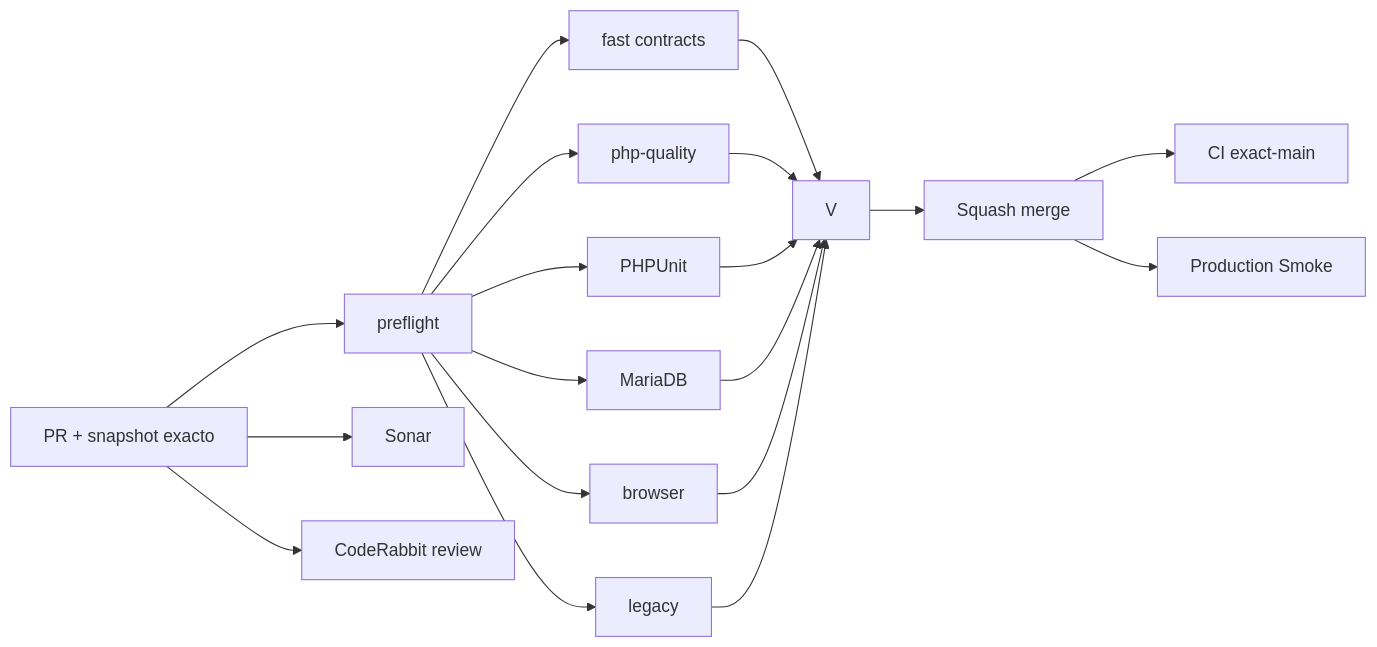
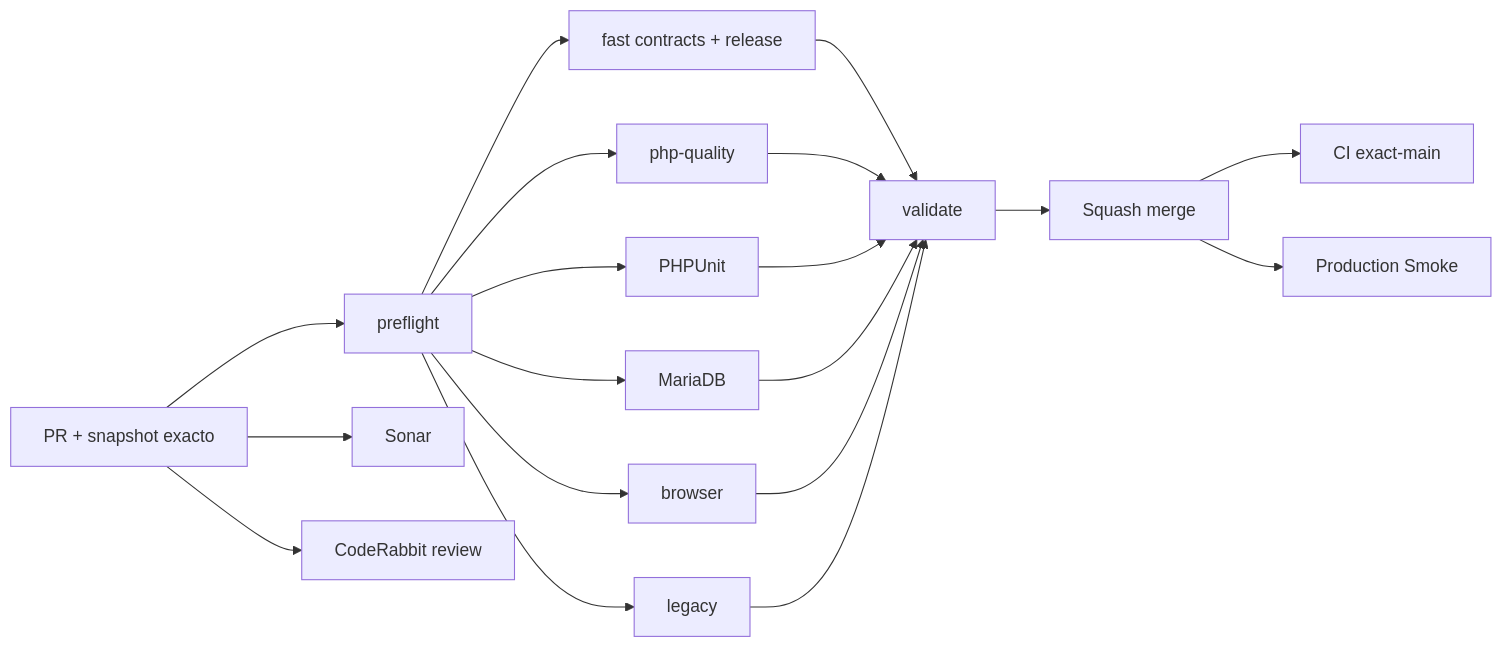
One commit to drpipe1098-commits/GrindFlow changed the diagram in README.md. Above: the diagram before and after it, drawn with Mermaid. The commit also changed other lines of this file and 10 other files, not shown here.

First line of the commit message:
feat(ops): adopt autonomous engineering, version and roadmap (#89)

````diff
--- a/README.md
+++ b/README.md
@@ -49,21 +52,21 @@
 ```mermaid
 flowchart LR
-    A["PR + snapshot exacto"] --> P["preflight"]
-    P --> F["fast contracts"]
-    P --> Q["php-quality"]
-    P --> T["PHPUnit"]
-    P --> D["MariaDB"]
-    P --> B["browser"]
-    P --> L["legacy"]
-    A --> S["Sonar"]
-    A --> C["CodeRabbit review"]
-    F --> V
-    Q --> V
-    T --> V
-    D --> V
-    B --> V
-    L --> V
-    V --> M["Squash merge"]
-    M --> X["CI exact-main"]
-    M --> R["Production Smoke"]
+ A["PR + snapshot exacto"] --> P["preflight"]
+ P --> F["fast contracts + release"]
+ P --> Q["php-quality"]
+ P --> T["PHPUnit"]
+ P --> D["MariaDB"]
+ P --> B["browser"]
+ P --> L["legacy"]
+ A --> S["Sonar"]
+ A --> C["CodeRabbit review"]
+ F --> V["validate"]
+ Q --> V
+ T --> V
+ D --> V
+ B --> V
+ L --> V
+ V --> M["Squash merge"]
+ M --> X["CI exact-main"]
+ M --> R["Production Smoke"]
 ```
````
